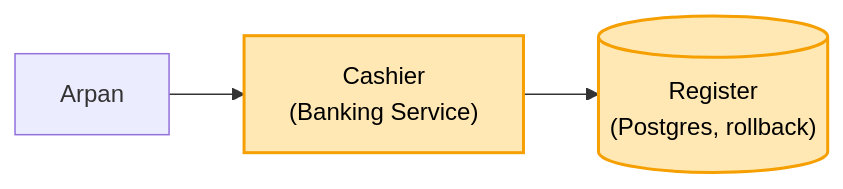
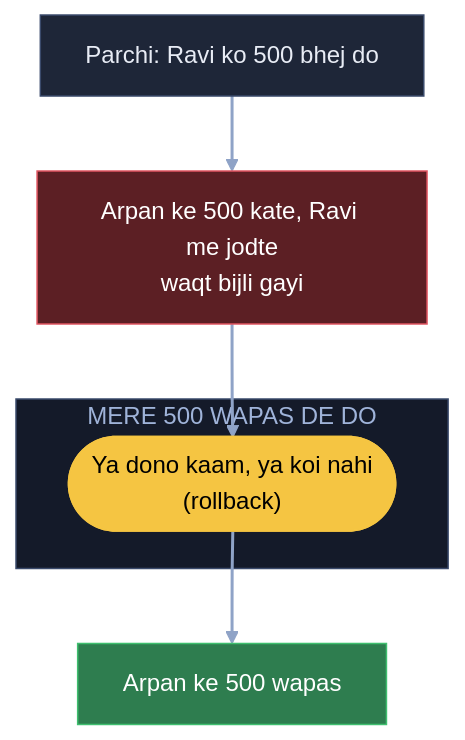
Before and after one commit to ArpanMaheshwari144/Prep: the first of 20 diagrams in 04_HLD/SYSTEM_DESIGNS/13_banking_system/13_banking_system.md, drawn with Mermaid. The commit also changed other lines of this file, not shown here.

Commit message:
Banking: 20 diagram hand notes ke shabdon se (branch, register, diary, laptop, photocopy, chhotu)

````diff
--- a/04_HLD/SYSTEM_DESIGNS/13_banking_system/13_banking_system.md
+++ b/04_HLD/SYSTEM_DESIGNS/13_banking_system/13_banking_system.md
@@ -36,7 +36,18 @@
 ```mermaid
-flowchart LR
-    A["Arpan"] --> C["Cashier<br/>(Banking Service)"]
-    C --> R[("Register<br/>(Postgres, rollback)")]
-    style C fill:#ffe8b3,stroke:#f59f00,stroke-width:2px,color:#000
-    style R fill:#ffe8b3,stroke:#f59f00,stroke-width:2px,color:#000
+flowchart TB
+    A["Parchi: Ravi ko 500 bhej do"]:::card
+    X["Arpan ke 500 kate, Ravi me jodte<br/>waqt bijli gayi"]:::bad
+    subgraph WD["MERE 500 WAPAS DE DO"]
+        R(["Ya dono kaam, ya koi nahi<br/>(rollback)"]):::pill
+    end
+    OK["Arpan ke 500 wapas"]:::good
+    A --> X
+    X --> R
+    R --> OK
+    linkStyle default stroke:#8fa3c7,stroke-width:2px
+    classDef card fill:#1e2638,stroke:#3a4a6b,color:#e8ecf5
+    classDef pill fill:#f5c542,stroke:#f5c542,color:#000
+    classDef good fill:#2e7d4f,stroke:#3fbf6f,color:#fff
+    classDef bad fill:#5c1f24,stroke:#e05561,color:#fff
+    style WD fill:#141a29,stroke:#3a4a6b,color:#9fb3d9
 ```
````
